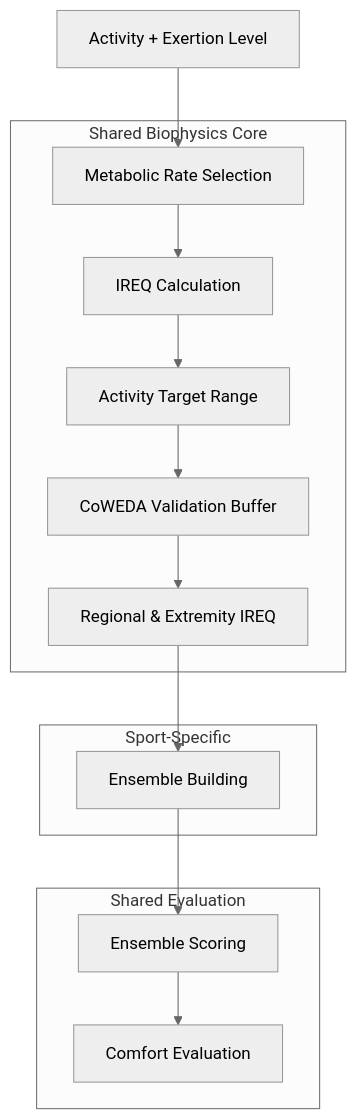
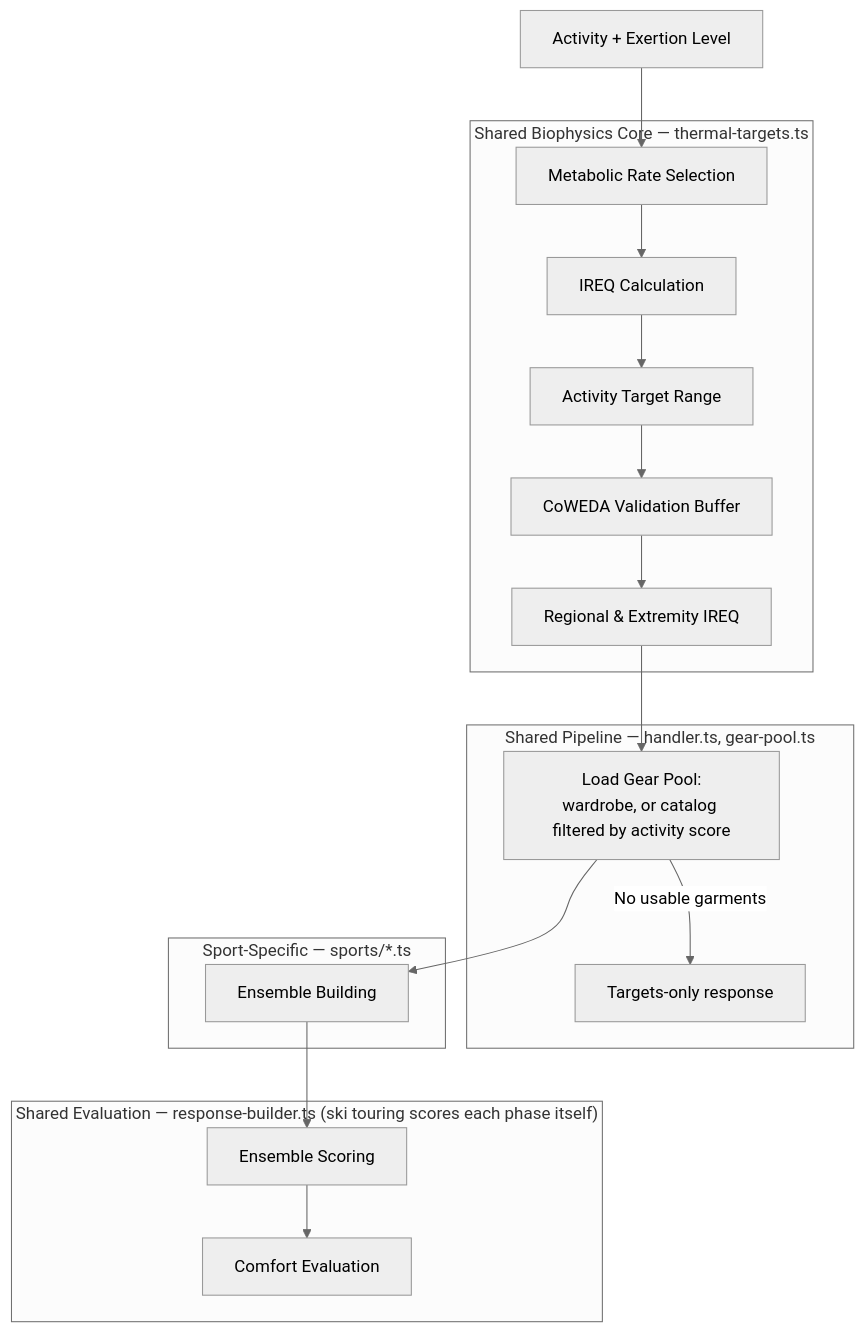
Before and after one commit to derobertsw/swttr: the first of 6 diagrams in README.md, drawn with Mermaid (neutral theme). The commit also changed other lines of this file and 27 other files, not shown here.

````diff
--- a/README.md
+++ b/README.md
@@ -34,28 +41,35 @@
 ```mermaid
 graph TD
     A[Activity + Exertion Level] --> B[Metabolic Rate Selection]
     B --> C[IREQ Calculation]
     C --> D[Activity Target Range]
     D --> E[CoWEDA Validation Buffer]
     E --> F[Regional & Extremity IREQ]
-    F --> G[Ensemble Building]
+    F --> P[Load Gear Pool:<br/>wardrobe, or catalog filtered by activity score]
+    P -->|No usable garments| T[Targets-only response]
+    P --> G[Ensemble Building]
     G --> H[Ensemble Scoring]
     H --> I[Comfort Evaluation]
 
-    subgraph "Shared Biophysics Core"
+    subgraph "Shared Biophysics Core — thermal-targets.ts"
         B
         C
         D
         E
         F
     end
 
-    subgraph "Sport-Specific"
+    subgraph "Shared Pipeline — handler.ts, gear-pool.ts"
+        P
+        T
+    end
+
+    subgraph "Sport-Specific — sports/*.ts"
         G
     end
 
-    subgraph "Shared Evaluation"
+    subgraph "Shared Evaluation — response-builder.ts (ski touring scores each phase itself)"
         H
         I
     end
 ```
````
